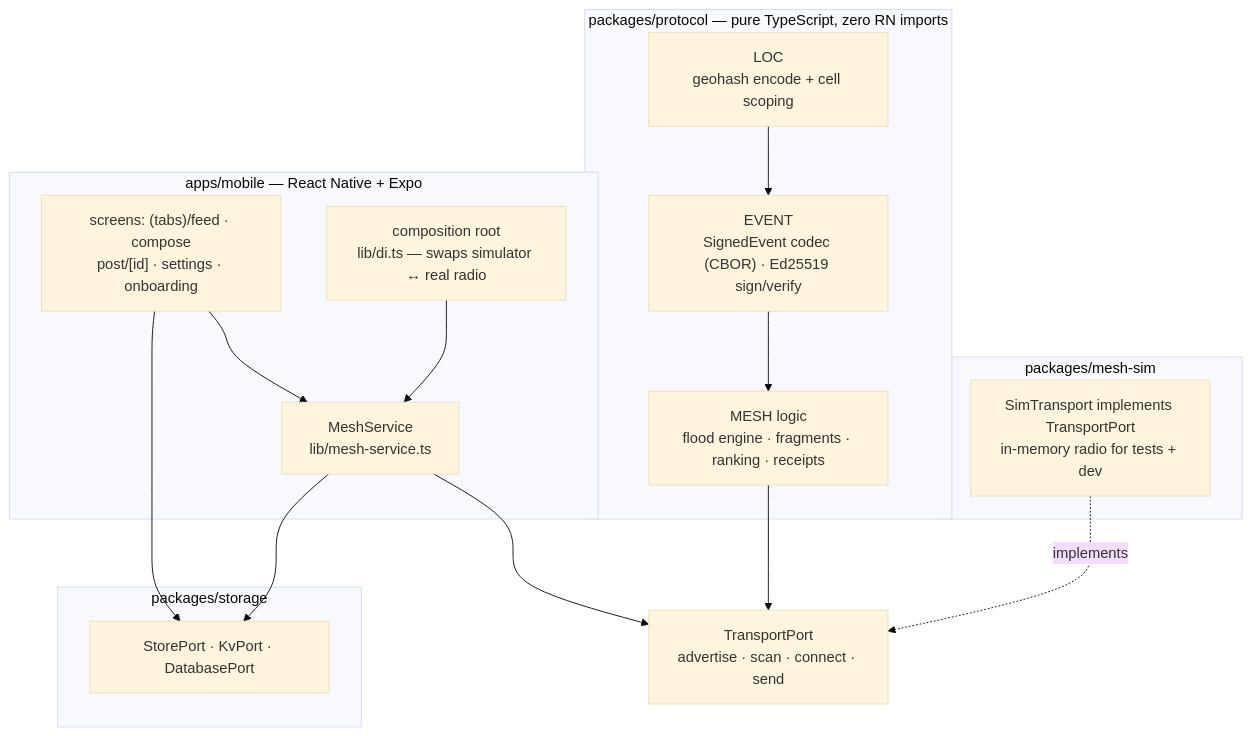
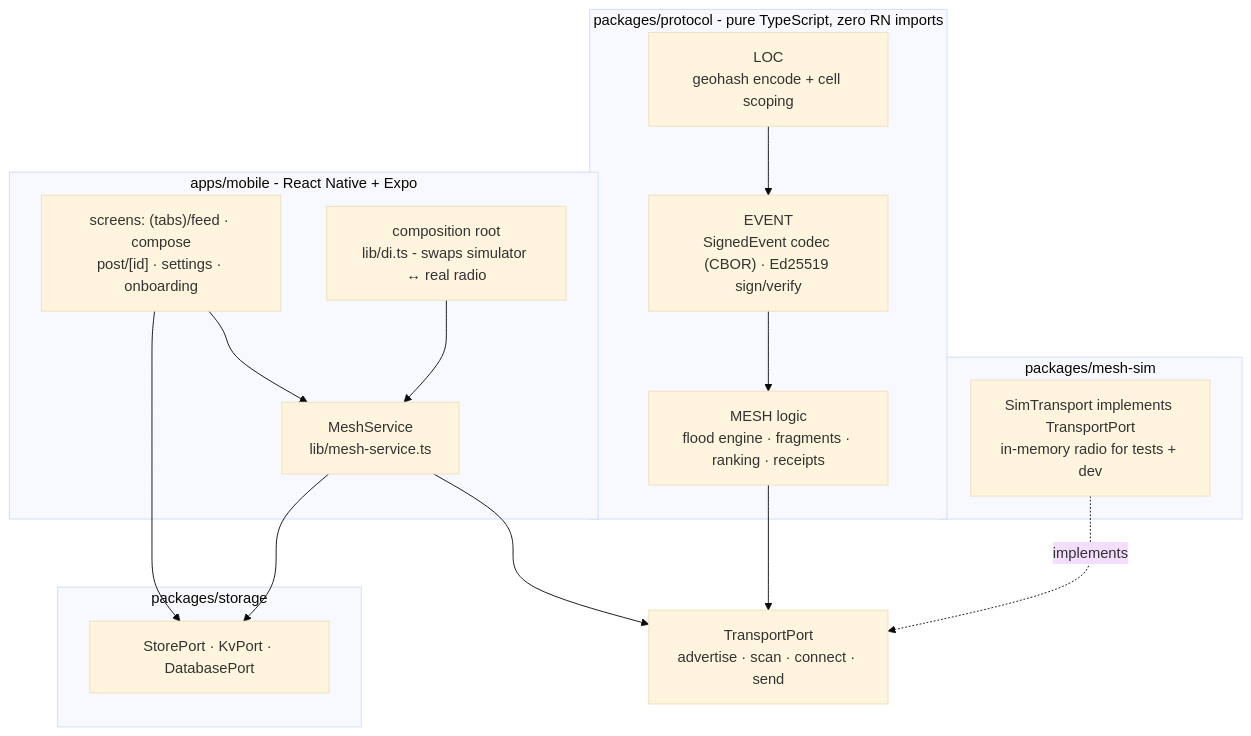
The diagram in README.md (bunnysayzz/airplane), drawn with Mermaid (base theme) before and after one commit. The commit also changed other lines of this file and 47 other files, not shown here.

````diff
--- a/README.md
+++ b/README.md
@@ -41,32 +41,32 @@
 ```mermaid
 flowchart TB
-    subgraph APP["apps/mobile — React Native + Expo"]
+    subgraph APP["apps/mobile - React Native + Expo"]
         UI["screens: (tabs)/feed · compose<br>post/[id] · settings · onboarding"]
         SVC["MeshService<br>lib/mesh-service.ts"]
-        DI["composition root<br>lib/di.ts — swaps simulator ↔ real radio"]
+        DI["composition root<br>lib/di.ts - swaps simulator ↔ real radio"]
     end
 
-    subgraph PROTO["packages/protocol — pure TypeScript, zero RN imports"]
+    subgraph PROTO["packages/protocol - pure TypeScript, zero RN imports"]
         EV["EVENT<br>SignedEvent codec (CBOR) · Ed25519 sign/verify"]
         MESH["MESH logic<br>flood engine · fragments · ranking · receipts"]
         GEO["LOC<br>geohash encode + cell scoping"]
     end
 
     subgraph STORE["packages/storage"]
         SP["StorePort · KvPort · DatabasePort"]
     end
 
     subgraph SIM["packages/mesh-sim"]
         SIMT["SimTransport implements TransportPort<br>in-memory radio for tests + dev"]
     end
 
     UI --> SVC
     DI --> SVC
     SVC --> TP["TransportPort<br>advertise · scan · connect · send"]
     MESH --> TP
     EV --> MESH
     GEO --> EV
     UI --> SP
     SVC --> SP
     SIMT -. implements .-> TP
 ```
````
